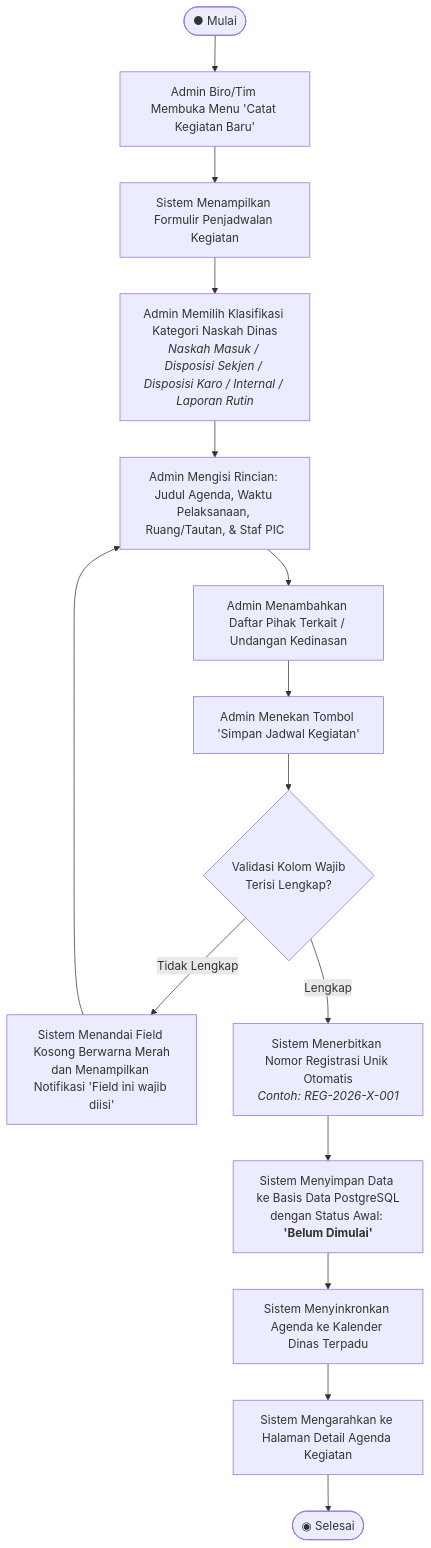
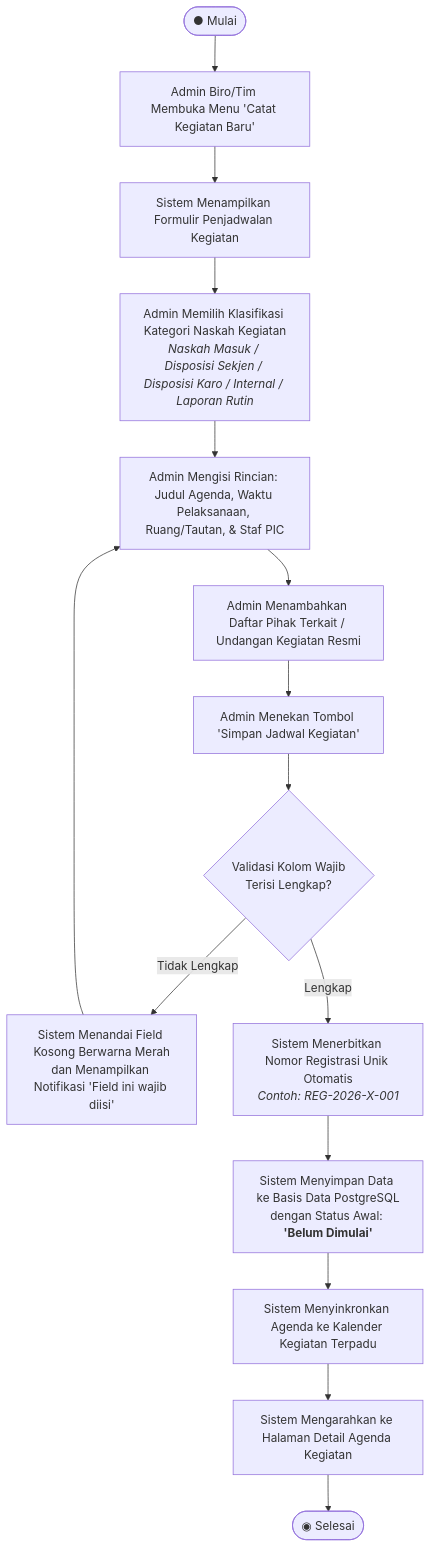
One commit to Napppz/Website-Log-Rapat-Kek changed the first of 3 diagrams in docs/4_ACTIVITY_DIAGRAM.md. Above: the diagram before and after it, drawn with Mermaid. The commit also changed other lines of this file and 40 other files, not shown here.

Commit message:
docs(uml): perbarui Use Case 12 model dan Activity Diagram dokumen kegiatan KEK

````diff
--- a/docs/4_ACTIVITY_DIAGRAM.md
+++ b/docs/4_ACTIVITY_DIAGRAM.md
@@ -30,19 +30,19 @@
 ```mermaid
 flowchart TD
     StartNode([● Mulai]) --> Step1[Admin Biro/Tim Membuka Menu 'Catat Kegiatan Baru']
     Step1 --> Step2[Sistem Menampilkan Formulir Penjadwalan Kegiatan]
-    Step2 --> Step3[Admin Memilih Klasifikasi Kategori Naskah Dinas<br/><i>Naskah Masuk / Disposisi Sekjen / Disposisi Karo / Internal / Laporan Rutin</i>]
+    Step2 --> Step3[Admin Memilih Klasifikasi Kategori Naskah Kegiatan<br/><i>Naskah Masuk / Disposisi Sekjen / Disposisi Karo / Internal / Laporan Rutin</i>]
     Step3 --> Step4[Admin Mengisi Rincian: Judul Agenda, Waktu Pelaksanaan, Ruang/Tautan, & Staf PIC]
-    Step4 --> Step5[Admin Menambahkan Daftar Pihak Terkait / Undangan Kedinasan]
+    Step4 --> Step5[Admin Menambahkan Daftar Pihak Terkait / Undangan Kegiatan Resmi]
     Step5 --> Step6[Admin Menekan Tombol 'Simpan Jadwal Kegiatan']
     Step6 --> Dec1{Validasi Kolom Wajib<br/>Terisi Lengkap?}
 
     Dec1 -- Tidak Lengkap --> Err1[Sistem Menandai Field Kosong Berwarna Merah<br/>dan Menampilkan Notifikasi 'Field ini wajib diisi']
     Err1 --> Step4
 
     Dec1 -- Lengkap --> Sys1[Sistem Menerbitkan Nomor Registrasi Unik Otomatis<br/><i>Contoh: REG-2026-X-001</i>]
     Sys1 --> Sys2[Sistem Menyimpan Data ke Basis Data PostgreSQL<br/>dengan Status Awal: <b>'Belum Dimulai'</b>]
-    Sys2 --> Sys3[Sistem Menyinkronkan Agenda ke Kalender Dinas Terpadu]
+    Sys2 --> Sys3[Sistem Menyinkronkan Agenda ke Kalender Kegiatan Terpadu]
     Sys3 --> End1[Sistem Mengarahkan ke Halaman Detail Agenda Kegiatan]
     End1 --> FinalNode([◉ Selesai])
 ```
````
